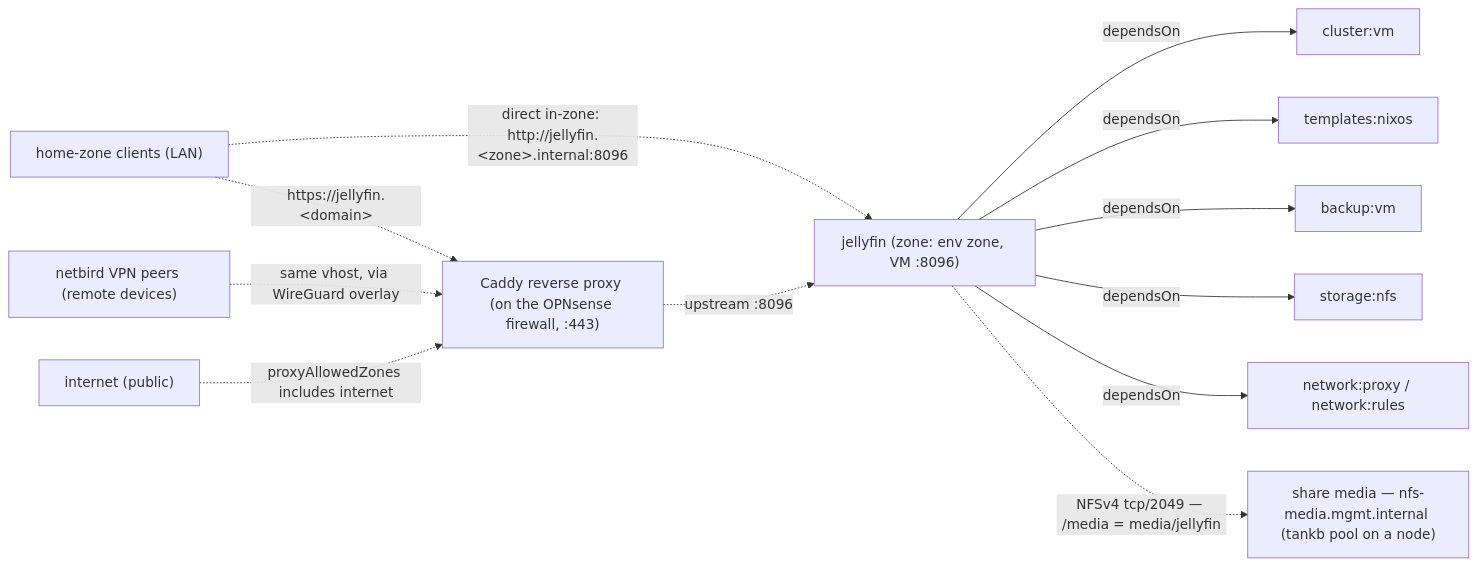
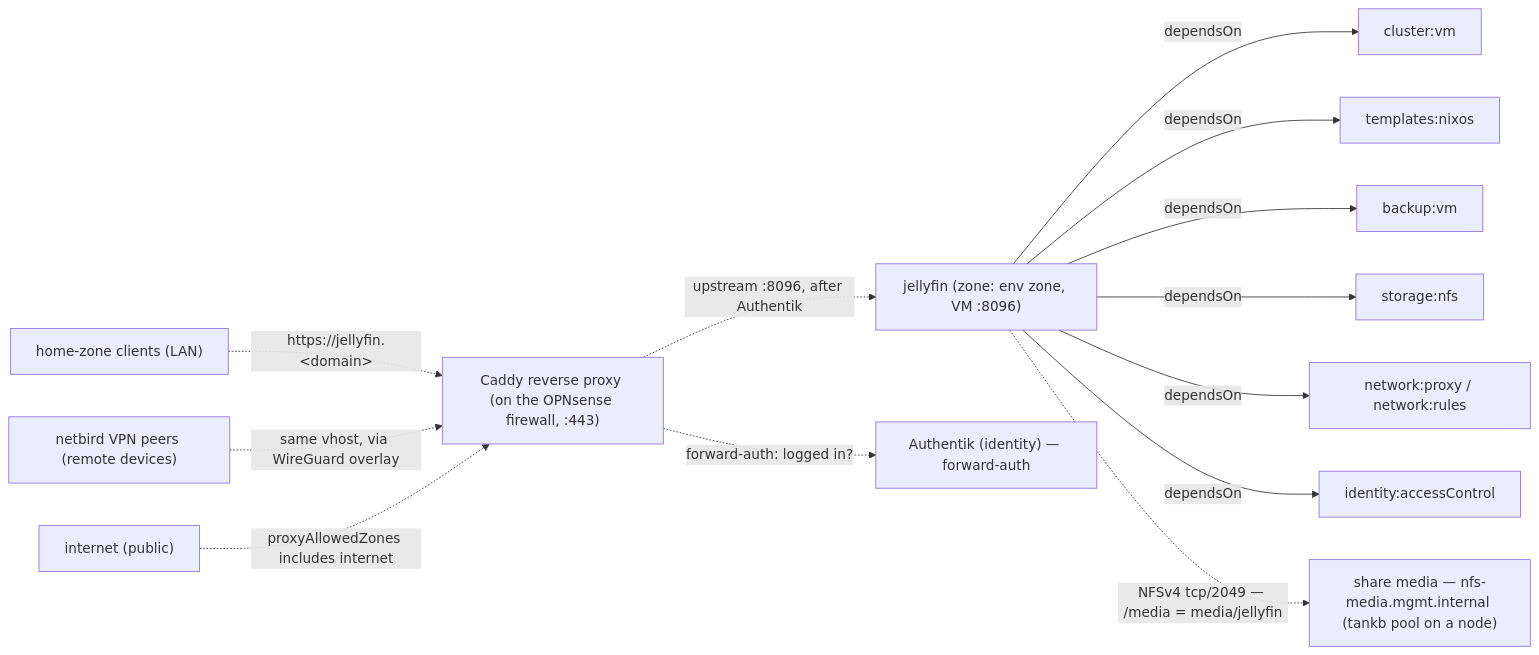
Before and after one commit to TAPPaaS/TAPPaaS: the diagram in src/home/jellyfin/README.md, drawn with Mermaid. The commit also changed other lines of this file and 2 other files, not shown here.

First line of the commit message:
feat(jellyfin): put the published instance behind Authentik forward-auth

````diff
--- a/src/home/jellyfin/README.md
+++ b/src/home/jellyfin/README.md
@@ -81,27 +81,30 @@
 ```mermaid
 graph LR
     jellyfin["jellyfin (zone: env zone, VM :8096)"]
     cluster["cluster:vm"]
     templates["templates:nixos"]
     backup["backup:vm"]
     nfs["storage:nfs"]
     netproxy["network:proxy / network:rules"]
+    idac["identity:accessControl"]
     node["share media — nfs-media.mgmt.internal (tankb pool on a node)"]
     caddy["Caddy reverse proxy (on the OPNsense firewall, :443)"]
+    authentik["Authentik (identity) — forward-auth"]
     homeclients["home-zone clients (LAN)"]
     vpnpeers["netbird VPN peers (remote devices)"]
     internet["internet (public)"]
 
     jellyfin -->|dependsOn| cluster
     jellyfin -->|dependsOn| templates
     jellyfin -->|dependsOn| backup
     jellyfin -->|dependsOn| nfs
     jellyfin -->|dependsOn| netproxy
+    jellyfin -->|dependsOn| idac
 
     jellyfin -.->|"NFSv4 tcp/2049 — /media = media/jellyfin"| node
     homeclients -.->|"https://jellyfin.&lt;domain&gt;"| caddy
-    homeclients -.->|"direct in-zone: http://jellyfin.&lt;zone&gt;.internal:8096"| jellyfin
     vpnpeers -.->|"same vhost, via WireGuard overlay"| caddy
     internet -.->|"proxyAllowedZones includes internet"| caddy
-    caddy -.->|"upstream :8096"| jellyfin
+    caddy -.->|"forward-auth: logged in?"| authentik
+    caddy -.->|"upstream :8096, after Authentik"| jellyfin
 ```
````
